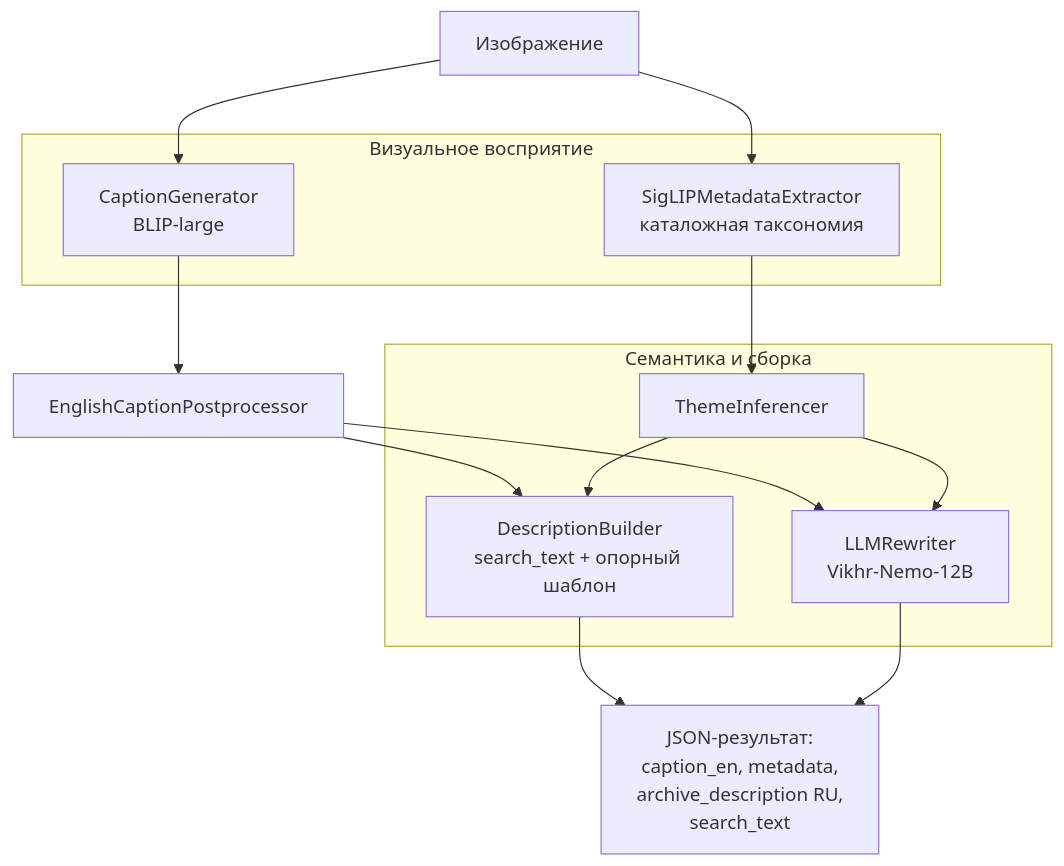
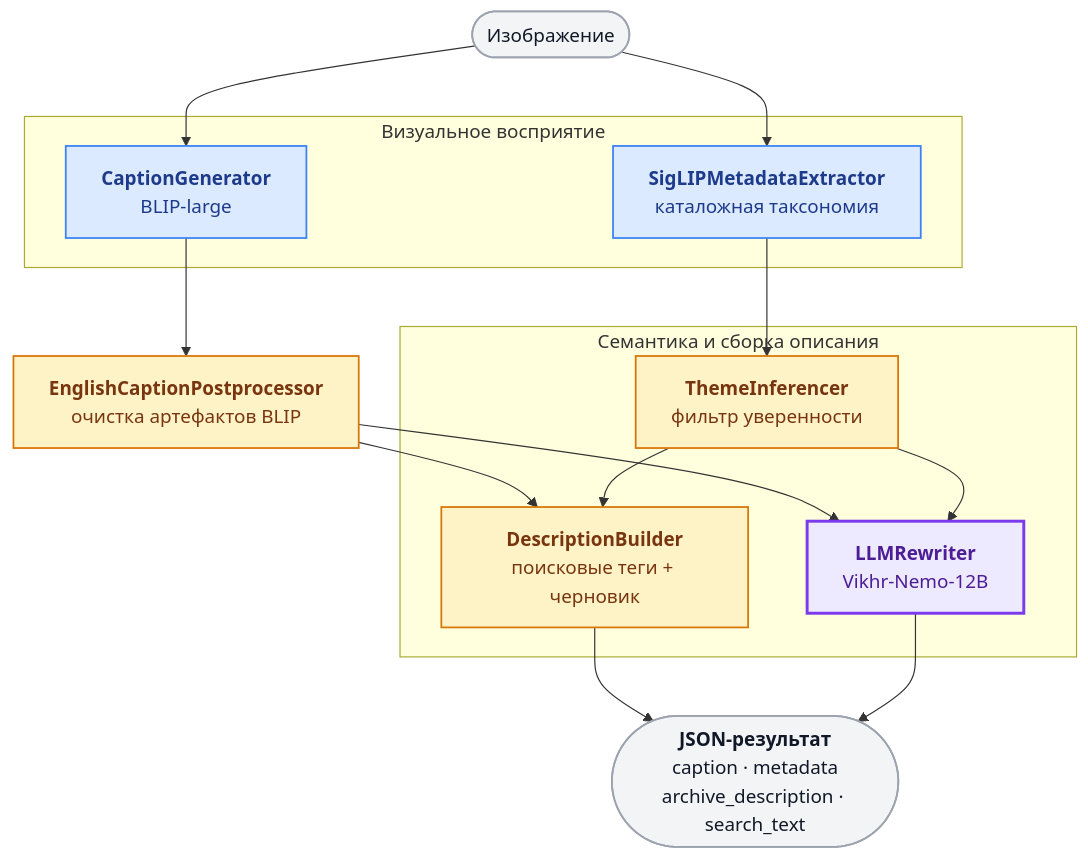
The diagram in README.md (azat-khatyn/tsu-image-description), drawn with Mermaid before and after one commit. The commit also changed other lines of this file, not shown here.

````diff
--- a/README.md
+++ b/README.md
@@ -29,28 +29,33 @@
 ```mermaid
 flowchart TD
-    IMG[Изображение]
+    classDef io fill:#f3f4f6,stroke:#9ca3af,stroke-width:1.5px,color:#111827
+    classDef vision fill:#dbeafe,stroke:#3b82f6,stroke-width:1.5px,color:#1e3a8a
+    classDef rule fill:#fef3c7,stroke:#d97706,stroke-width:1.5px,color:#78350f
+    classDef llm fill:#ede9fe,stroke:#7c3aed,stroke-width:2.5px,color:#4c1d95
+
+    IMG([Изображение]):::io
 
     subgraph CV [Визуальное восприятие]
-        BLIP[CaptionGenerator<br/>BLIP-large]
-        SigLIP[SigLIPMetadataExtractor<br/>каталожная таксономия]
+        BLIP["<b>CaptionGenerator</b><br/>BLIP-large"]:::vision
+        SigLIP["<b>SigLIPMetadataExtractor</b><br/>каталожная таксономия"]:::vision
     end
 
-    ENPP[EnglishCaptionPostprocessor]
+    ENPP["<b>EnglishCaptionPostprocessor</b><br/>очистка артефактов BLIP"]:::rule
 
-    subgraph SEM [Семантика и сборка]
-        THEME[ThemeInferencer]
-        BUILD[DescriptionBuilder<br/>search_text + опорный шаблон]
-        LLM[LLMRewriter<br/>Vikhr-Nemo-12B]
+    subgraph SEM [Семантика и сборка описания]
+        THEME["<b>ThemeInferencer</b><br/>фильтр уверенности"]:::rule
+        BUILD["<b>DescriptionBuilder</b><br/>поисковые теги + черновик"]:::rule
+        LLM["<b>LLMRewriter</b><br/>Vikhr-Nemo-12B"]:::llm
     end
 
-    OUT[JSON-результат:<br/>caption_en, metadata,<br/>archive_description RU,<br/>search_text]
+    OUT(["<b>JSON-результат</b><br/>caption · metadata<br/>archive_description · search_text"]):::io
 
     IMG --> BLIP --> ENPP
     IMG --> SigLIP --> THEME
     ENPP --> BUILD
     THEME --> BUILD
     ENPP --> LLM
     THEME --> LLM
     BUILD --> OUT
     LLM --> OUT
 ```
````
